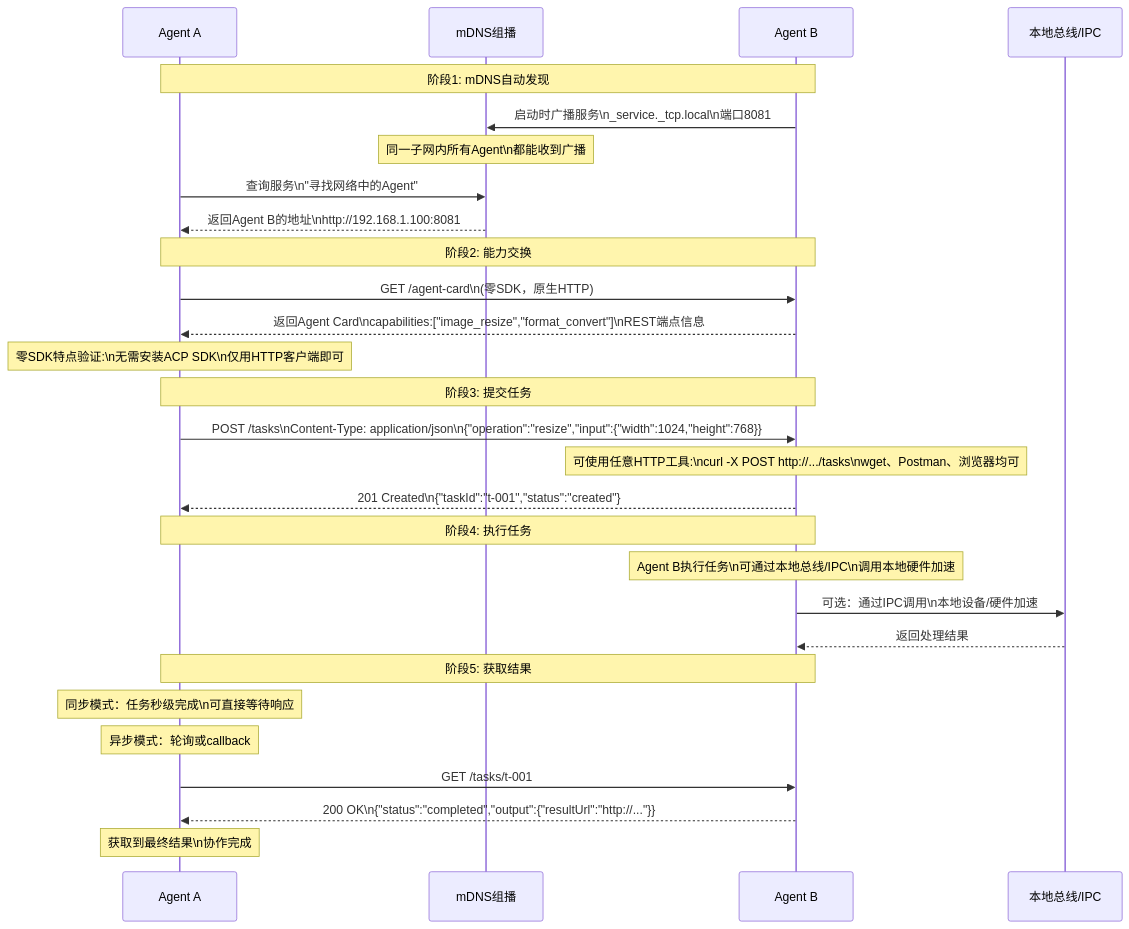
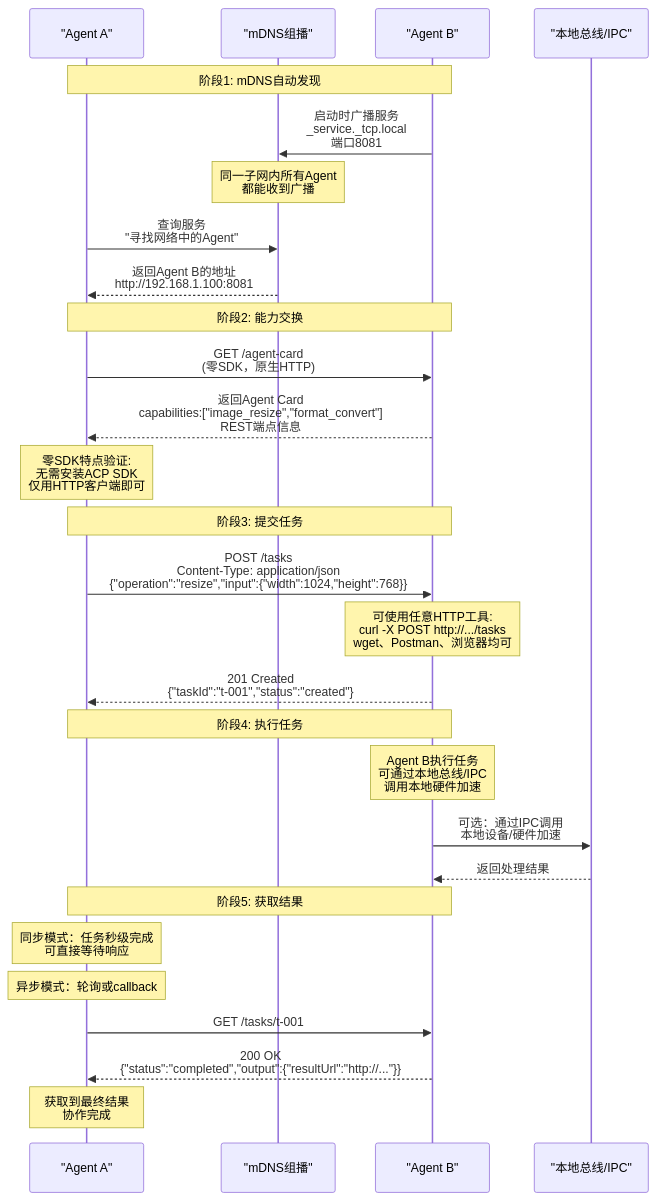
Before and after one commit to xinetzone/SpecWeave: the third of 8 diagrams in docs/knowledge/learning/agent-communication-protocols/06-flows.md, drawn with Mermaid. The commit also changed other lines of this file and 12 other files, not shown here.

First line of the commit message:
fix(mermaid): 修复所有Mermaid图中\\n字面显示问题

````diff
--- a/docs/knowledge/learning/agent-communication-protocols/06-flows.md
+++ b/docs/knowledge/learning/agent-communication-protocols/06-flows.md
@@ -142,31 +140,30 @@
 ```mermaid
 sequenceDiagram
-    participant AgentA as Agent A
-    participant mDNS as mDNS组播
-    participant AgentB as Agent B
-    participant LocalBus as 本地总线/IPC
-
+    participant AgentA as "Agent A"
+    participant mDNS as "mDNS组播"
+    participant AgentB as "Agent B"
+    participant LocalBus as "本地总线/IPC"
     note over AgentA,AgentB: 阶段1: mDNS自动发现
-    AgentB->>mDNS: 启动时广播服务\n_service._tcp.local\n端口8081
-    note over mDNS: 同一子网内所有Agent\n都能收到广播
-    AgentA->>mDNS: 查询服务\n"寻找网络中的Agent"
-    mDNS-->>AgentA: 返回Agent B的地址\nhttp://192.168.1.100:8081
+    AgentB->>mDNS: 启动时广播服务<br/>_service._tcp.local<br/>端口8081
+    note over mDNS: 同一子网内所有Agent<br/>都能收到广播
+    AgentA->>mDNS: 查询服务<br/>"寻找网络中的Agent"
+    mDNS-->>AgentA: 返回Agent B的地址<br/>http://192.168.1.100:8081
     note over AgentA,AgentB: 阶段2: 能力交换
-    AgentA->>AgentB: GET /agent-card\n(零SDK，原生HTTP)
-    AgentB-->>AgentA: 返回Agent Card\ncapabilities:["image_resize","format_convert"]\nREST端点信息
-    note over AgentA: 零SDK特点验证:\n无需安装ACP SDK\n仅用HTTP客户端即可
+    AgentA->>AgentB: GET /agent-card<br/>(零SDK，原生HTTP)
+    AgentB-->>AgentA: 返回Agent Card<br/>capabilities:["image_resize","format_convert"]<br/>REST端点信息
+    note over AgentA: 零SDK特点验证:<br/>无需安装ACP SDK<br/>仅用HTTP客户端即可
     note over AgentA,AgentB: 阶段3: 提交任务
-    AgentA->>AgentB: POST /tasks\nContent-Type: application/json\n{"operation":"resize","input":{"width":1024,"height":768}}
-    note over AgentB: 可使用任意HTTP工具:\ncurl -X POST http://.../tasks\nwget、Postman、浏览器均可
-    AgentB-->>AgentA: 201 Created\n{"taskId":"t-001","status":"created"}
+    AgentA->>AgentB: POST /tasks<br/>Content-Type: application/json<br/>{"operation":"resize","input":{"width":1024,"height":768}}
+    note over AgentB: 可使用任意HTTP工具:<br/>curl -X POST http://.../tasks<br/>wget、Postman、浏览器均可
+    AgentB-->>AgentA: 201 Created<br/>{"taskId":"t-001","status":"created"}
     note over AgentA,AgentB: 阶段4: 执行任务
-    note over AgentB: Agent B执行任务\n可通过本地总线/IPC\n调用本地硬件加速
-    AgentB->>LocalBus: 可选：通过IPC调用\n本地设备/硬件加速
+    note over AgentB: Agent B执行任务<br/>可通过本地总线/IPC<br/>调用本地硬件加速
+    AgentB->>LocalBus: 可选：通过IPC调用<br/>本地设备/硬件加速
     LocalBus-->>AgentB: 返回处理结果
     note over AgentA,AgentB: 阶段5: 获取结果
-    note over AgentA: 同步模式：任务秒级完成\n可直接等待响应
+    note over AgentA: 同步模式：任务秒级完成<br/>可直接等待响应
     note over AgentA: 异步模式：轮询或callback
     AgentA->>AgentB: GET /tasks/t-001
-    AgentB-->>AgentA: 200 OK\n{"status":"completed","output":{"resultUrl":"http://..."}}
-    note over AgentA: 获取到最终结果\n协作完成
+    AgentB-->>AgentA: 200 OK<br/>{"status":"completed","output":{"resultUrl":"http://..."}}
+    note over AgentA: 获取到最终结果<br/>协作完成
 ```
````
